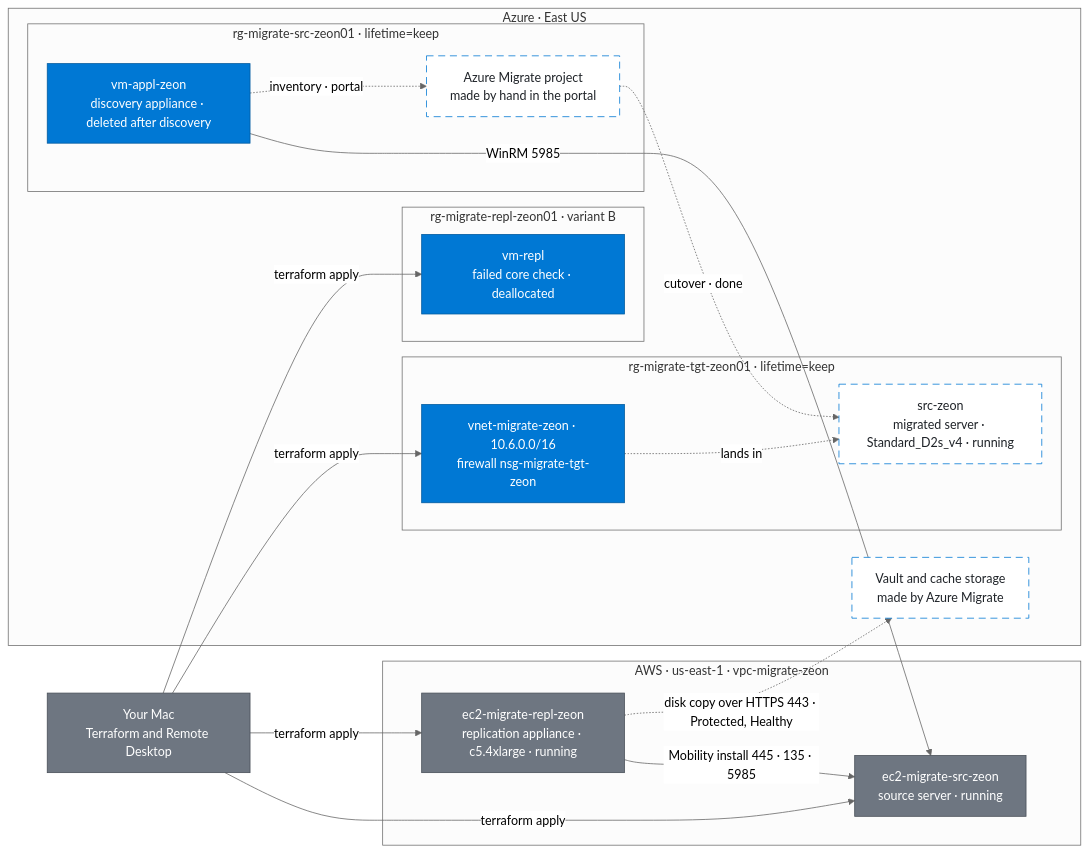
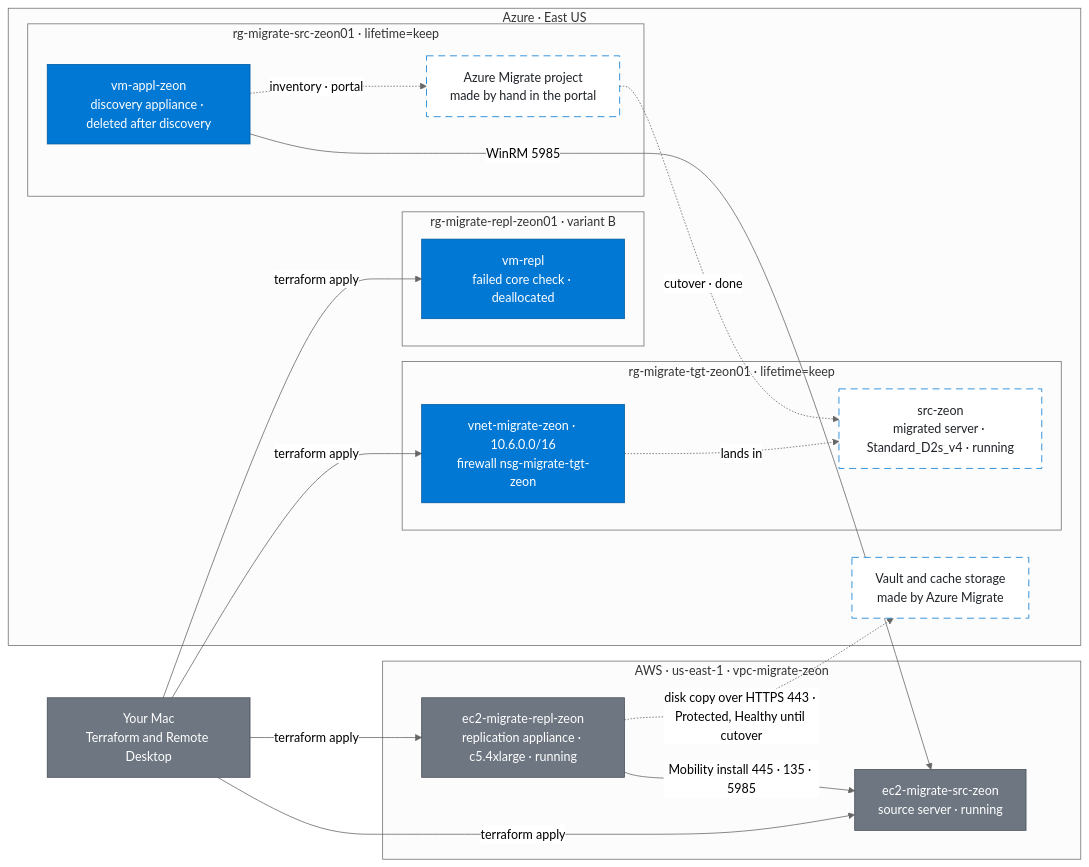
Before and after one commit to zsociety47/azure-aws-migrate-poc: the diagram in README.md, drawn with Mermaid (neutral theme). The commit also changed other lines of this file and 2 other files, not shown here.

Commit message:
Record that Protected/Healthy was the Nov 1 state, before cutover.

````diff
--- a/README.md
+++ b/README.md
@@ -572,43 +572,43 @@
 ```mermaid
 flowchart LR
     operator["Your Mac<br/>Terraform and Remote Desktop"]
 
     subgraph awsnet["AWS · us-east-1 · vpc-migrate-zeon"]
         source["ec2-migrate-src-zeon<br/>source server · running"]
         repl["ec2-migrate-repl-zeon<br/>replication appliance · c5.4xlarge · running"]
     end
 
     subgraph azcloud["Azure · East US"]
         subgraph staging["rg-migrate-src-zeon01 · lifetime=keep"]
             discovery["vm-appl-zeon<br/>discovery appliance · deleted after discovery"]
             migrate["Azure Migrate project<br/>made by hand in the portal"]
         end
         subgraph tgt["rg-migrate-tgt-zeon01 · lifetime=keep"]
             vnet["vnet-migrate-zeon · 10.6.0.0/16<br/>firewall nsg-migrate-tgt-zeon"]
             landed["src-zeon<br/>migrated server · Standard_D2s_v4 · running"]
         end
         vault["Vault and cache storage<br/>made by Azure Migrate"]
         subgraph replrg["rg-migrate-repl-zeon01 · variant B"]
             vmrepl["vm-repl<br/>failed core check · deallocated"]
         end
     end
 
     operator -- "terraform apply" --> source
     operator -- "terraform apply" --> repl
     operator -- "terraform apply" --> vnet
     operator -- "terraform apply" --> vmrepl
     discovery -- "WinRM 5985" --> source
     discovery -. "inventory · portal" .-> migrate
     repl -- "Mobility install 445 · 135 · 5985" --> source
-    repl -. "disk copy over HTTPS 443 · Protected, Healthy" .-> vault
+    repl -. "disk copy over HTTPS 443 · Protected, Healthy until cutover" .-> vault
     migrate -. "cutover · done" .-> landed
     vnet -. "lands in" .-> landed
 
     classDef azure fill:#0078d4,stroke:#005a9e,color:#fff
     classDef external fill:#6e7681,stroke:#484f58,color:#fff
     classDef portal fill:#fff,stroke:#0078d4,color:#1f2328,stroke-dasharray:9 6
 
     class discovery,vnet,vmrepl azure
     class operator,source,repl external
     class migrate,landed,vault portal
 ```
````
